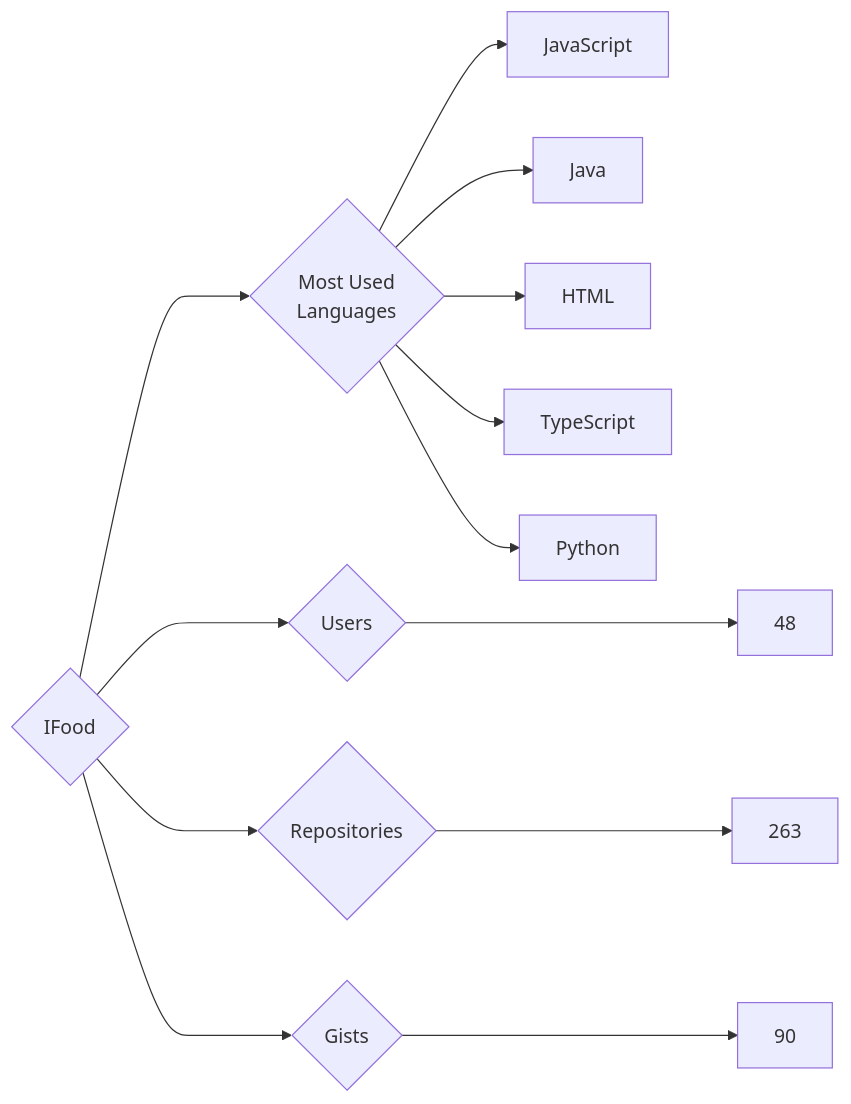
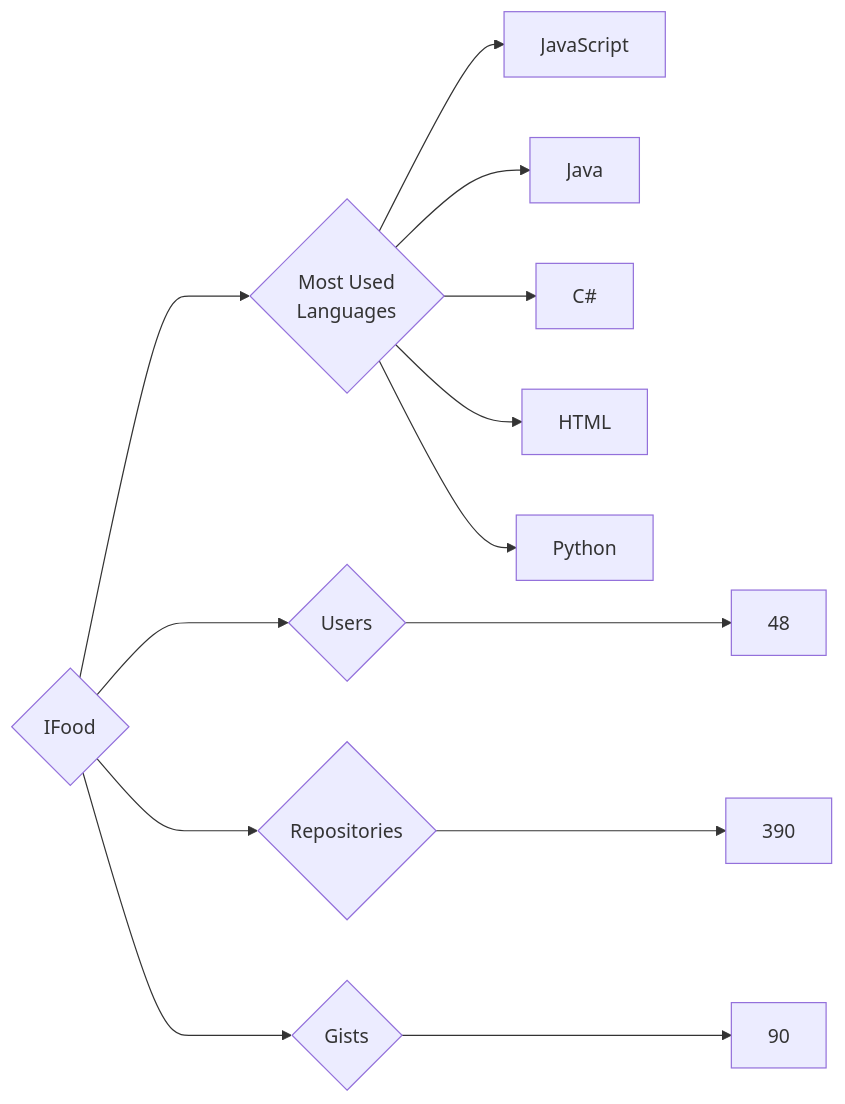
The diagram in targets/IFood/README.md (trickest/insiders), drawn with Mermaid before and after one commit. The commit also changed 715 other files, not shown here.

````diff
--- a/targets/IFood/README.md
+++ b/targets/IFood/README.md
@@ -3,13 +3,13 @@
 ```mermaid
 graph LR
 COMPANY_NAME{IFood}
 COMPANY_NAME ---> U{Users} ---> UN[48]
-COMPANY_NAME ---> R{Repositories} ---> RN[263]
+COMPANY_NAME ---> R{Repositories} ---> RN[390]
 COMPANY_NAME ---> G{Gists} ---> GN[90]
 COMPANY_NAME ---> ML{Most Used<br>Languages}
 ML --> JavaScript[JavaScript]
 ML --> Java[Java]
+ML --> C#[C#]
 ML --> HTML[HTML]
-ML --> TypeScript[TypeScript]
 ML --> Python[Python]
 ```
````
